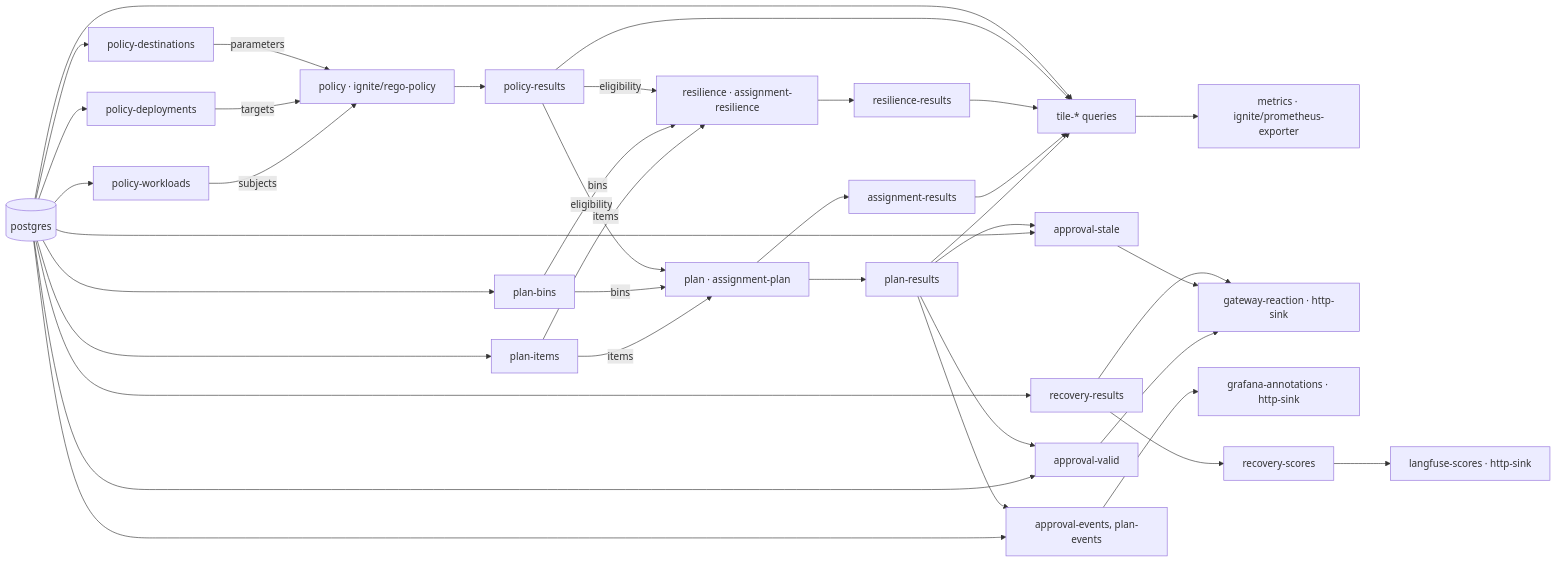
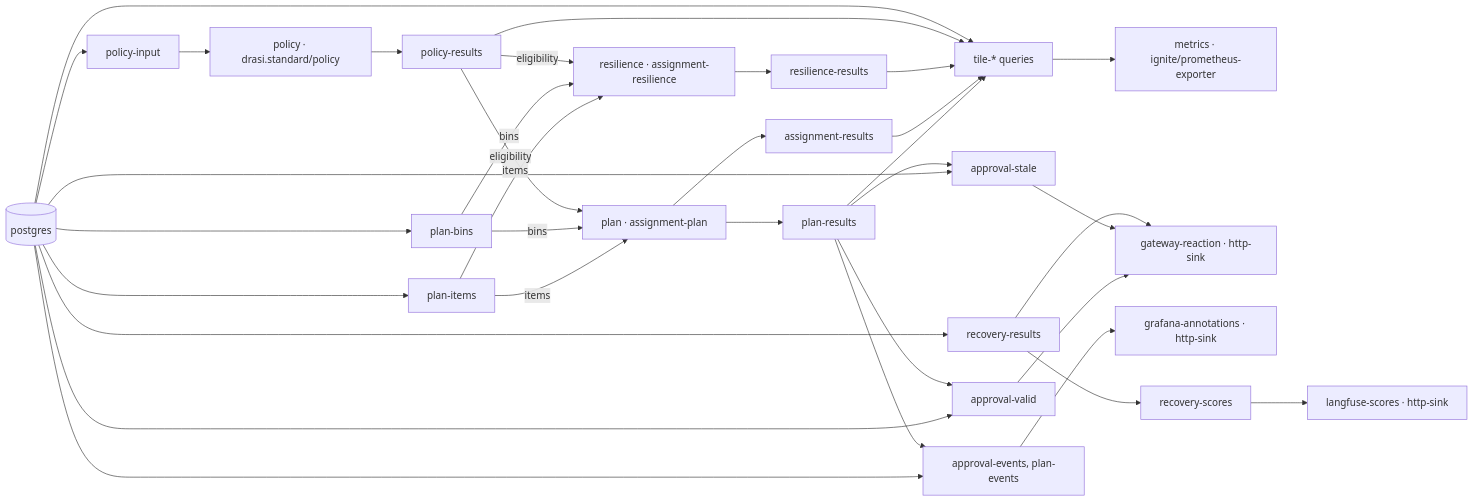
One commit to drasi-project/community changed the diagram in presentations/2026-11-19_Ignite/plan/contracts.md. Above: the diagram before and after it, drawn with Mermaid. The commit also changed other lines of this file and 16 other files, not shown here.

First line of the commit message:
Ignite next: Drasi's drasi.standard/policy replaces ignite/rego-policy

````diff
--- a/presentations/2026-11-19_Ignite/plan/contracts.md
+++ b/presentations/2026-11-19_Ignite/plan/contracts.md
@@ -133,18 +133,16 @@
 ```mermaid
 flowchart LR
-  PG[(postgres)] --> W[policy-workloads] & D[policy-deployments] & PD[policy-destinations] & PI[plan-items] & PB[plan-bins]
-  W -->|subjects| P[policy · ignite/rego-policy]
-  D -->|targets| P
-  PD -->|parameters| P
+  PG[(postgres)] --> PIN[policy-input] & PI[plan-items] & PB[plan-bins]
+  PIN --> P[policy · drasi.standard/policy]
   P --> PR[policy-results]
   PI -->|items| A[plan · assignment-plan] & R[resilience · assignment-resilience]
   PB -->|bins| A & R
   PR -->|eligibility| A & R
   A --> PLR[plan-results] & AR[assignment-results]
   R --> RR[resilience-results]
   PLR & AR & RR & PR & PG --> T[tile-* queries] --> X[metrics · ignite/prometheus-exporter]
   PG & PLR --> AV[approval-valid] & AS[approval-stale] --> GW[gateway-reaction · http-sink]
   PG --> RV[recovery-results] --> GW
   PG & PLR --> EV[approval-events, plan-events] --> GA[grafana-annotations · http-sink]
   RV --> SC[recovery-scores] --> LS[langfuse-scores · http-sink]
 ```
````
